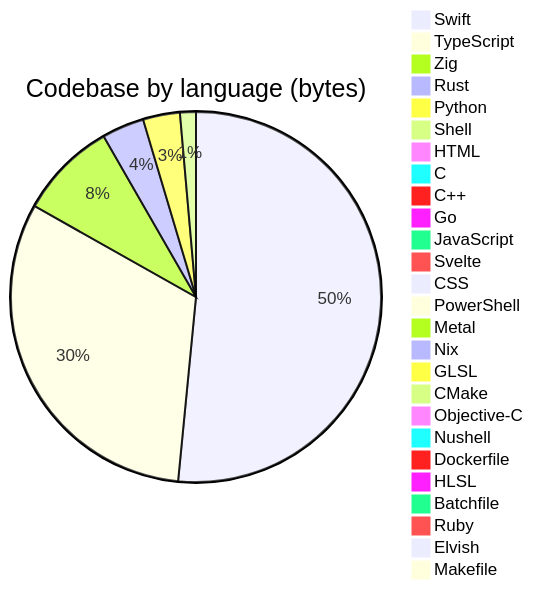
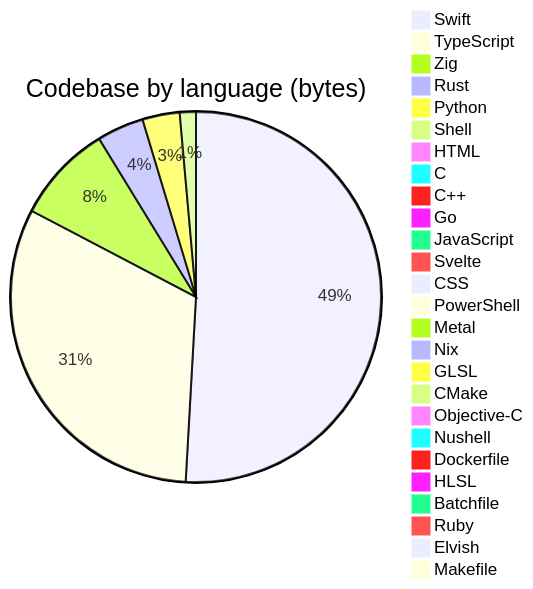
Before and after one commit to Open330/.github: the diagram in profile/README.md, drawn with Mermaid. The commit also changed other lines of this file, not shown here.

````diff
--- a/profile/README.md
+++ b/profile/README.md
@@ -144,29 +144,29 @@
 ```mermaid
 pie title Codebase by language (bytes)
-    "Swift" : 61444349
-    "TypeScript" : 37696524
+    "Swift" : 60356809
+    "TypeScript" : 37705626
     "Zig" : 10170181
-    "Rust" : 4403337
-    "Python" : 3840925
-    "Shell" : 1656312
-    "HTML" : 946901
+    "Rust" : 4844474
+    "Python" : 3853508
+    "Shell" : 1671692
+    "HTML" : 947008
     "C" : 733012
     "C++" : 728032
     "Go" : 572897
-    "JavaScript" : 551068
+    "JavaScript" : 551082
     "Svelte" : 275766
-    "CSS" : 256168
+    "CSS" : 256192
     "PowerShell" : 131318
     "Metal" : 58290
     "Nix" : 47837
     "GLSL" : 31433
     "CMake" : 16825
     "Objective-C" : 14285
     "Nushell" : 13719
     "Dockerfile" : 8884
     "HLSL" : 7527
     "Batchfile" : 5870
-    "Ruby" : 4289
+    "Ruby" : 4165
     "Elvish" : 4137
     "Makefile" : 1881
 ```
````
